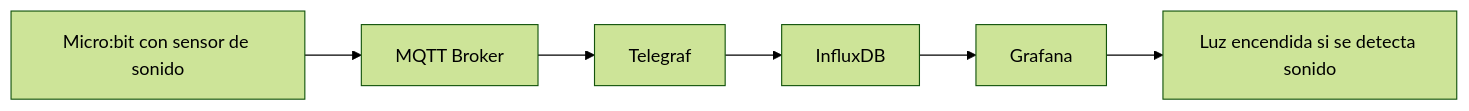
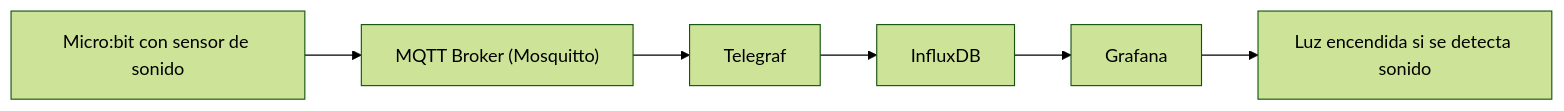
The diagram in Automatización de luces con sensores de presencia.md (Jahziel43/spContent), drawn with Mermaid (forest theme) before and after one commit. The commit also changed other lines of this file, not shown here.

Commit message:
Update Automatización de luces con sensores de presencia.md

````diff
--- a/Automatización de luces con sensores de presencia.md
+++ b/Automatización de luces con sensores de presencia.md
@@ -19,8 +18,8 @@
 ```mermaid
 graph LR
-  A[Micro:bit con sensor de sonido] --> B[MQTT Broker]
+  A[Micro:bit con sensor de sonido] --> B["MQTT Broker (Mosquitto)"]
   B --> C[Telegraf]
   C --> D[InfluxDB]
   D --> E[Grafana]
   E --> F[Luz encendida si se detecta sonido]
  ```
````
